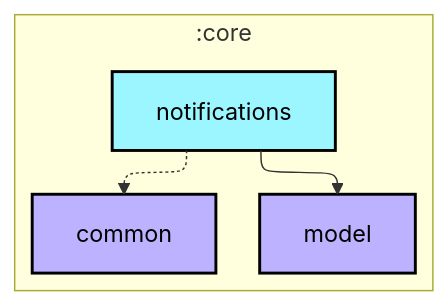
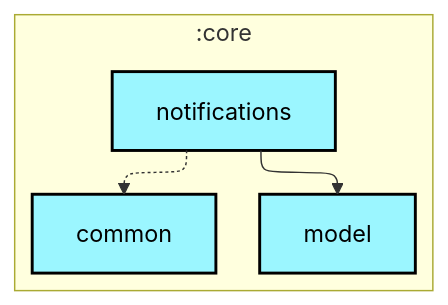
Before and after one commit to lihenggui/nowinkmp: the first of 2 diagrams in core/notifications/README.md, drawn with Mermaid. The commit also changed other lines of this file and 29 other files, not shown here.

First line of the commit message:
Fix graphUpdate configuration cache compatibility

````diff
--- a/core/notifications/README.md
+++ b/core/notifications/README.md
@@ -6,25 +6,25 @@
 ```mermaid
 ---
 config:
   layout: elk
   elk:
     nodePlacementStrategy: SIMPLE
 ---
 graph TB
   subgraph :core
     direction TB
-    :core:common[common]:::jvm-library
-    :core:model[model]:::jvm-library
-    :core:notifications[notifications]:::android-library
+    :core:common[common]:::kmp-library
+    :core:model[model]:::kmp-library
+    :core:notifications[notifications]:::kmp-library
   end
 
   :core:notifications -.-> :core:common
   :core:notifications --> :core:model
 
-classDef android-application fill:#CAFFBF,stroke:#000,stroke-width:2px,color:#000;
-classDef android-feature fill:#FFD6A5,stroke:#000,stroke-width:2px,color:#000;
-classDef android-library fill:#9BF6FF,stroke:#000,stroke-width:2px,color:#000;
+classDef cmp-application fill:#CAFFBF,stroke:#000,stroke-width:2px,color:#000;
+classDef cmp-feature fill:#FFD6A5,stroke:#000,stroke-width:2px,color:#000;
+classDef kmp-library fill:#9BF6FF,stroke:#000,stroke-width:2px,color:#000;
+classDef jvm-library fill:#BDB2FF,stroke:#000,stroke-width:2px,color:#000;
 classDef android-test fill:#A0C4FF,stroke:#000,stroke-width:2px,color:#000;
-classDef jvm-library fill:#BDB2FF,stroke:#000,stroke-width:2px,color:#000;
 classDef unknown fill:#FFADAD,stroke:#000,stroke-width:2px,color:#000;
 ```
````
